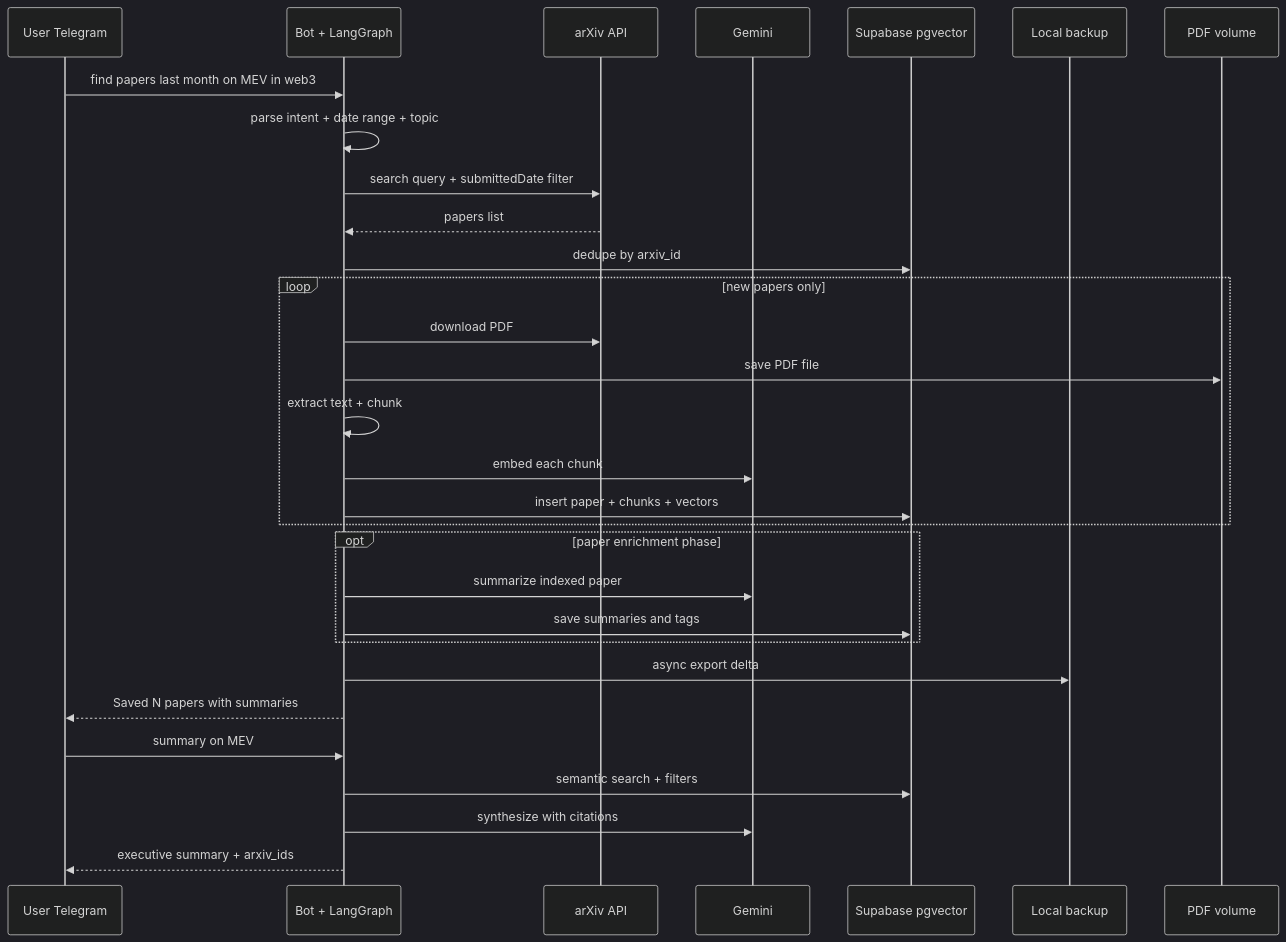
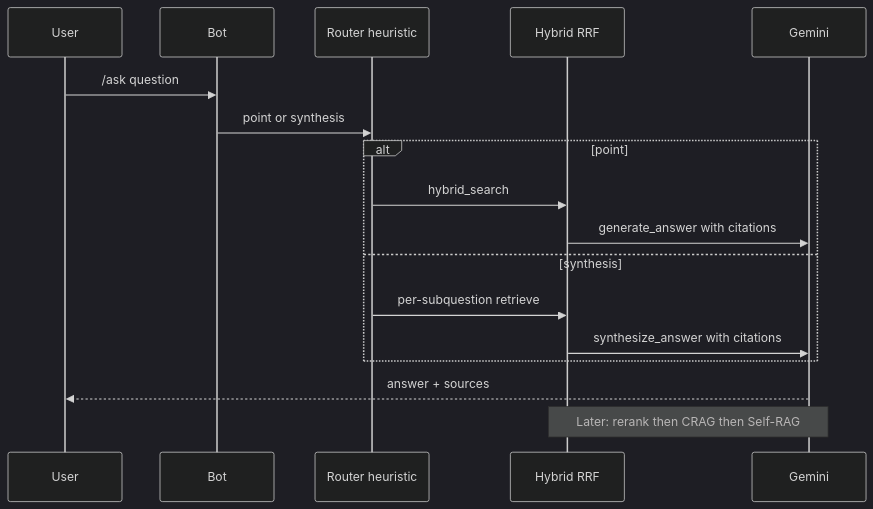
The third of 8 diagrams in docs/plan/02-architecture-diagrams.md (RamilRamil/Research-helper), drawn with Mermaid (dark theme) before and after one commit. The commit also changed other lines of this file and 107 other files, not shown here.

````diff
--- a/docs/plan/02-architecture-diagrams.md
+++ b/docs/plan/02-architecture-diagrams.md
@@ -78,34 +81,21 @@
 ```mermaid
 sequenceDiagram
-    participant U as User Telegram
-    participant B as Bot + LangGraph
-    participant A as arXiv API
+    participant U as User
+    participant B as Bot
+    participant RT as Router heuristic
+    participant H as Hybrid RRF
     participant L as Gemini
-    participant DB as Supabase pgvector
-    participant BK as Local backup
-    participant FS as PDF volume
 
-    U->>B: find papers last month on MEV in web3
-    B->>B: parse intent + date range + topic
-    B->>A: search query + submittedDate filter
-    A-->>B: papers list
-    B->>DB: dedupe by arxiv_id
-    loop new papers only
-        B->>A: download PDF
-        B->>FS: save PDF file
-        B->>B: extract text + chunk
-        B->>L: embed each chunk
-        B->>DB: insert paper + chunks + vectors
+    U->>B: /ask question
+    B->>RT: point or synthesis
+    alt point
+        RT->>H: hybrid_search
+        H->>L: generate_answer with citations
+    else synthesis
+        RT->>H: per-subquestion retrieve
+        H->>L: synthesize_answer with citations
     end
-    opt paper enrichment phase
-        B->>L: summarize indexed paper
-        B->>DB: save summaries and tags
-    end
-    B->>BK: async export delta
-    B-->>U: Saved N papers with summaries
+    L-->>U: answer + sources
 
-    U->>B: summary on MEV
-    B->>DB: semantic search + filters
-    B->>L: synthesize with citations
-    B-->>U: executive summary + arxiv_ids
+    Note over H,L: Later: rerank then CRAG then Self-RAG
 ```
````
